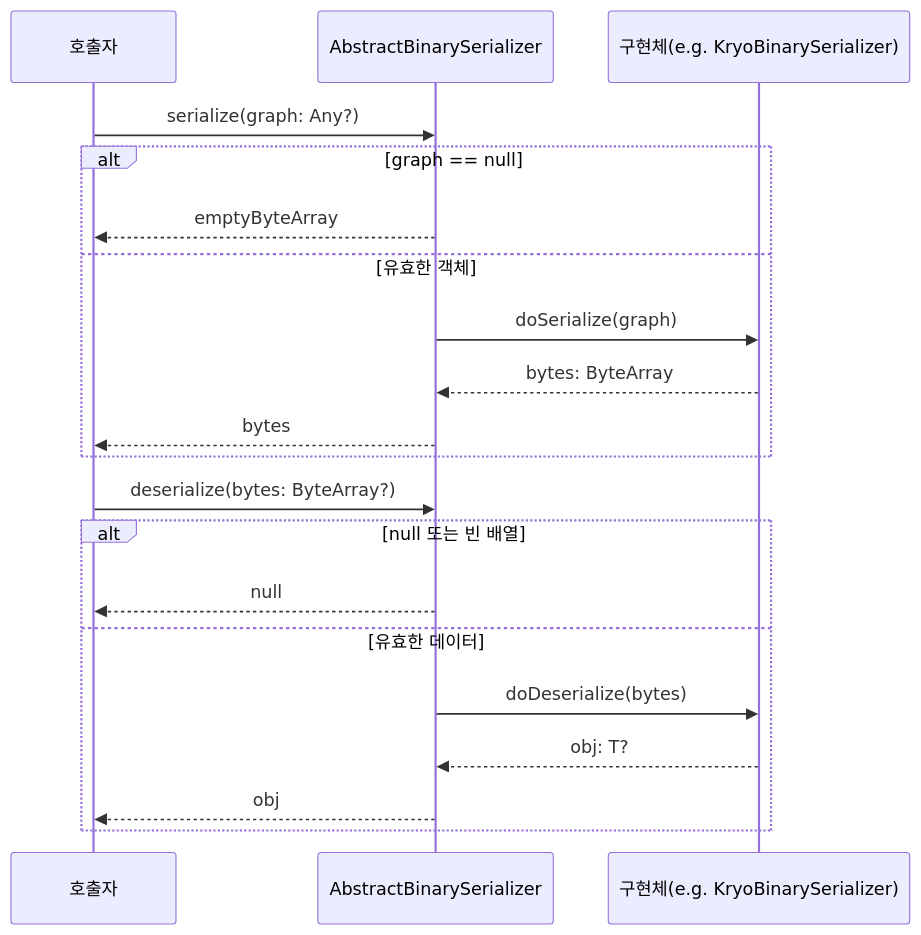
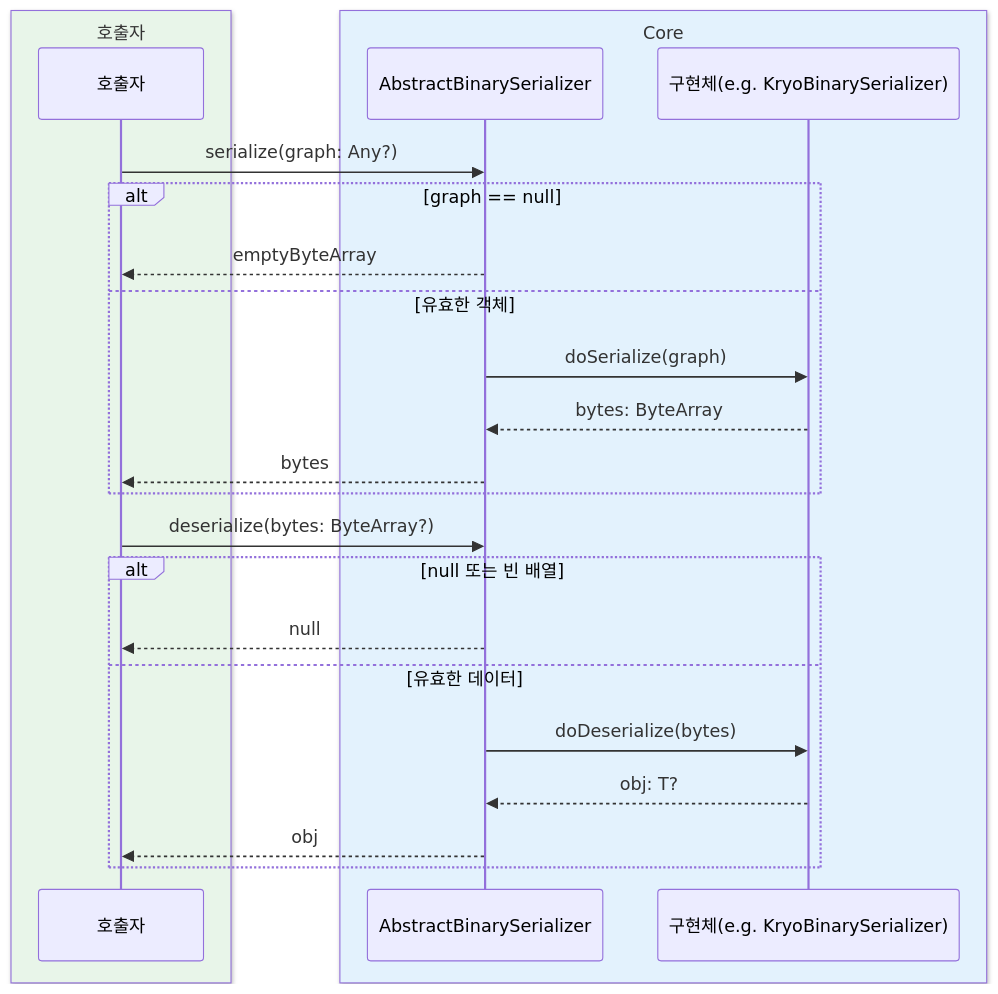
One commit to bluetape4k/bluetape4k-projects changed the fourth of 7 diagrams in io/io/README.ko.md. Above: the diagram before and after it, drawn with Mermaid. The commit also changed other lines of this file and 221 other files, not shown here.

First line of the commit message:
docs: 전체 모듈 README UML 다이어그램 보강 및 색상 업그레이드

````diff
--- a/io/io/README.ko.md
+++ b/io/io/README.ko.md
@@ -136,24 +166,28 @@
 ```mermaid
 sequenceDiagram
-    participant C as 호출자
-    participant ABS as AbstractBinarySerializer
-    participant Impl as 구현체(e.g. KryoBinarySerializer)
+    box rgb(232, 245, 233) 호출자
+        participant C as 호출자
+    end
+    box rgb(227, 242, 253) Core
+        participant ABS as AbstractBinarySerializer
+        participant Impl as 구현체(e.g. KryoBinarySerializer)
+    end
 
     C->>ABS: serialize(graph: Any?)
     alt graph == null
         ABS-->>C: emptyByteArray
     else 유효한 객체
         ABS->>Impl: doSerialize(graph)
         Impl-->>ABS: bytes: ByteArray
         ABS-->>C: bytes
     end
 
     C->>ABS: deserialize(bytes: ByteArray?)
     alt null 또는 빈 배열
         ABS-->>C: null
     else 유효한 데이터
         ABS->>Impl: doDeserialize(bytes)
         Impl-->>ABS: obj: T?
         ABS-->>C: obj
     end
 ```
````
